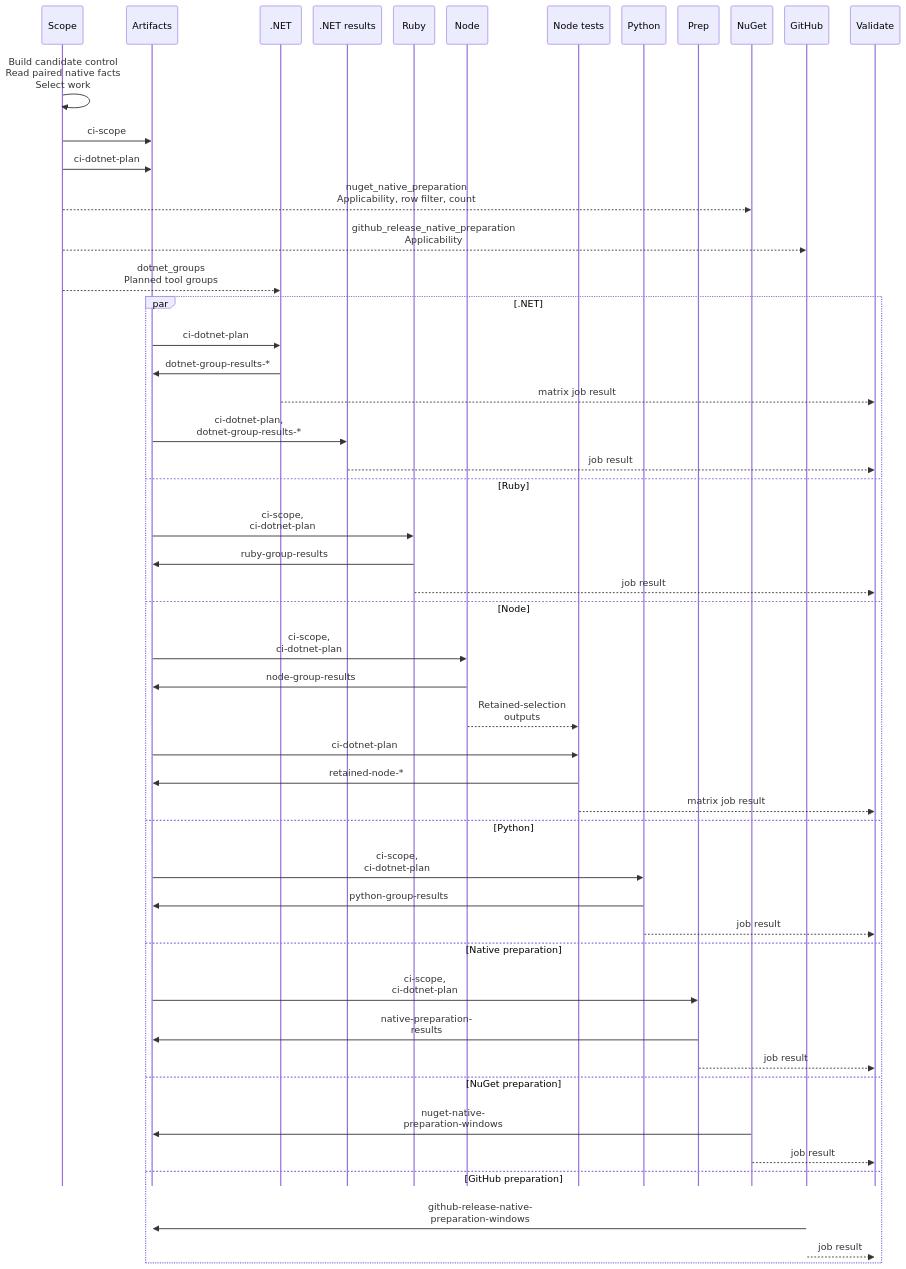
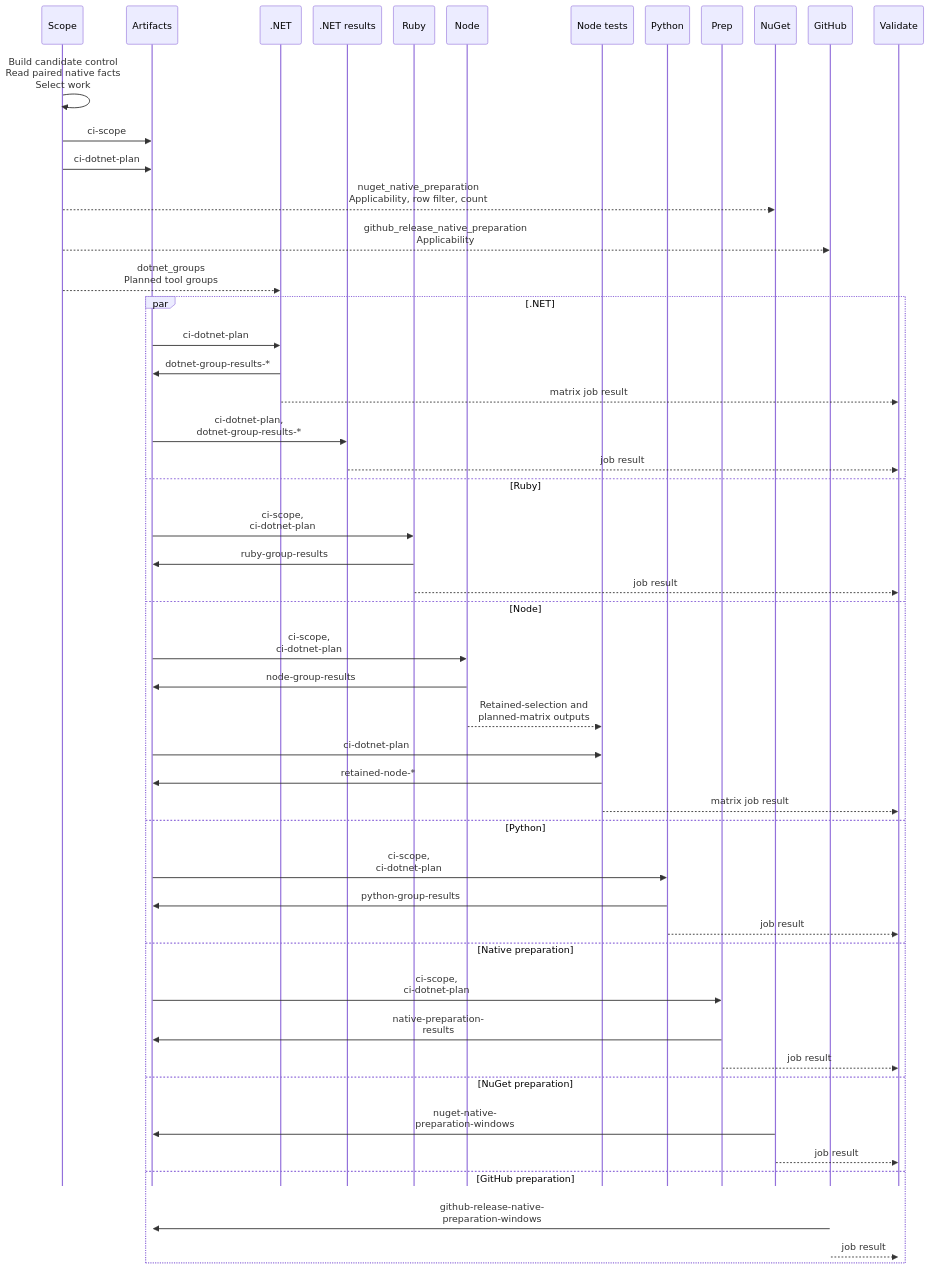
The second of 2 diagrams in src/private/app/workflow-delivery/docs/design/ci.md (hcoona/three), drawn with Mermaid before and after one commit. The commit also changed other lines of this file and 1 other file, not shown here.

First line of the commit message:
docs(workflow-delivery): design Node matrix from declared engines (#1519)

````diff
--- a/src/private/app/workflow-delivery/docs/design/ci.md
+++ b/src/private/app/workflow-delivery/docs/design/ci.md
@@ -99,54 +101,54 @@
 ```mermaid
 %%{init: {"sequence": {"width": 70, "actorMargin": 20, "mirrorActors": false}}}%%
 sequenceDiagram
     participant Scope
     participant Store as Artifacts
     participant DotNet as .NET
     participant DotNetJoin as .NET results
     participant Ruby
     participant Node
     participant NodeTests as Node tests
     participant Python
     participant Prep
     participant NuGet
     participant Github as GitHub
     participant Validate
     Scope->>Scope: Build candidate control<br/>Read paired native facts<br/>Select work
     Scope->>Store: ci-scope
     Scope->>Store: ci-dotnet-plan
     Scope-->>NuGet: nuget_native_preparation<br/>Applicability, row filter, count
     Scope-->>Github: github_release_native_preparation<br/>Applicability
     Scope-->>DotNet: dotnet_groups<br/>Planned tool groups
     par .NET
         Store->>DotNet: ci-dotnet-plan
         DotNet->>Store: dotnet-group-results-*
         DotNet-->>Validate: matrix job result
         Store->>DotNetJoin: ci-dotnet-plan,<br/>dotnet-group-results-*
         DotNetJoin-->>Validate: job result
     and Ruby
         Store->>Ruby: ci-scope,<br/>ci-dotnet-plan
         Ruby->>Store: ruby-group-results
         Ruby-->>Validate: job result
     and Node
         Store->>Node: ci-scope,<br/>ci-dotnet-plan
         Node->>Store: node-group-results
-        Node-->>NodeTests: Retained-selection<br/>outputs
+        Node-->>NodeTests: Retained-selection and<br/>planned-matrix outputs
         Store->>NodeTests: ci-dotnet-plan
         NodeTests->>Store: retained-node-*
         NodeTests-->>Validate: matrix job result
     and Python
         Store->>Python: ci-scope,<br/>ci-dotnet-plan
         Python->>Store: python-group-results
         Python-->>Validate: job result
     and Native preparation
         Store->>Prep: ci-scope,<br/>ci-dotnet-plan
         Prep->>Store: native-preparation-<br/>results
         Prep-->>Validate: job result
     and NuGet preparation
         NuGet->>Store: nuget-native-<br/>preparation-windows
         NuGet-->>Validate: job result
     and GitHub preparation
         Github->>Store: github-release-native-<br/>preparation-windows
         Github-->>Validate: job result
     end
 ```
````
